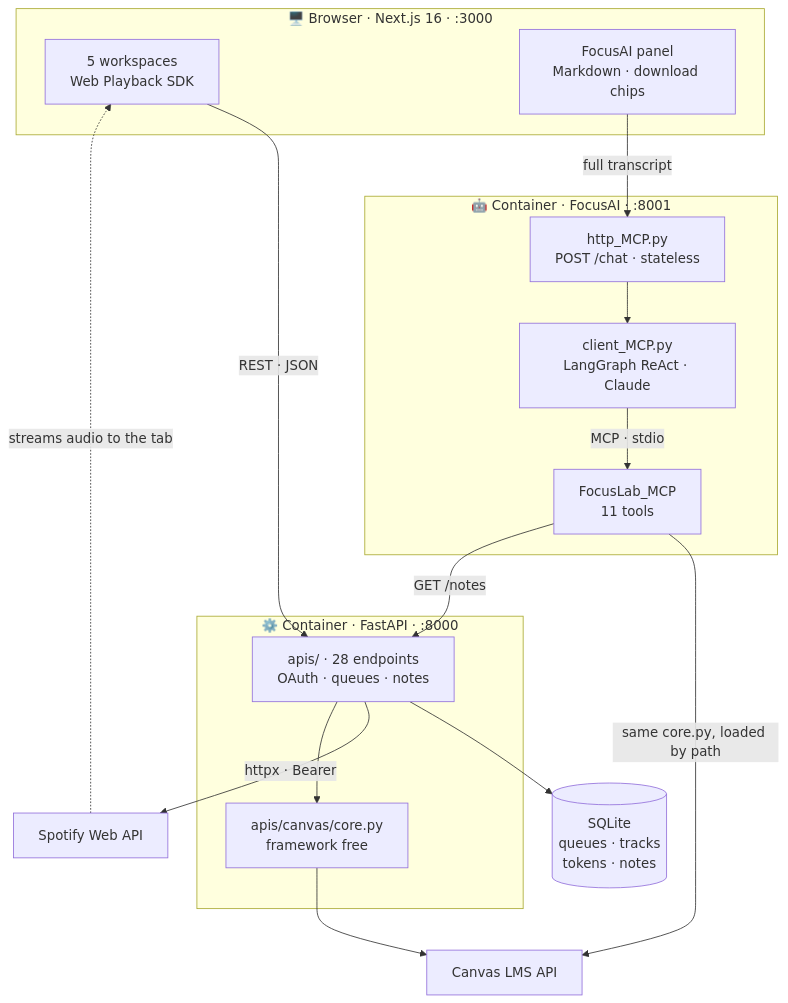
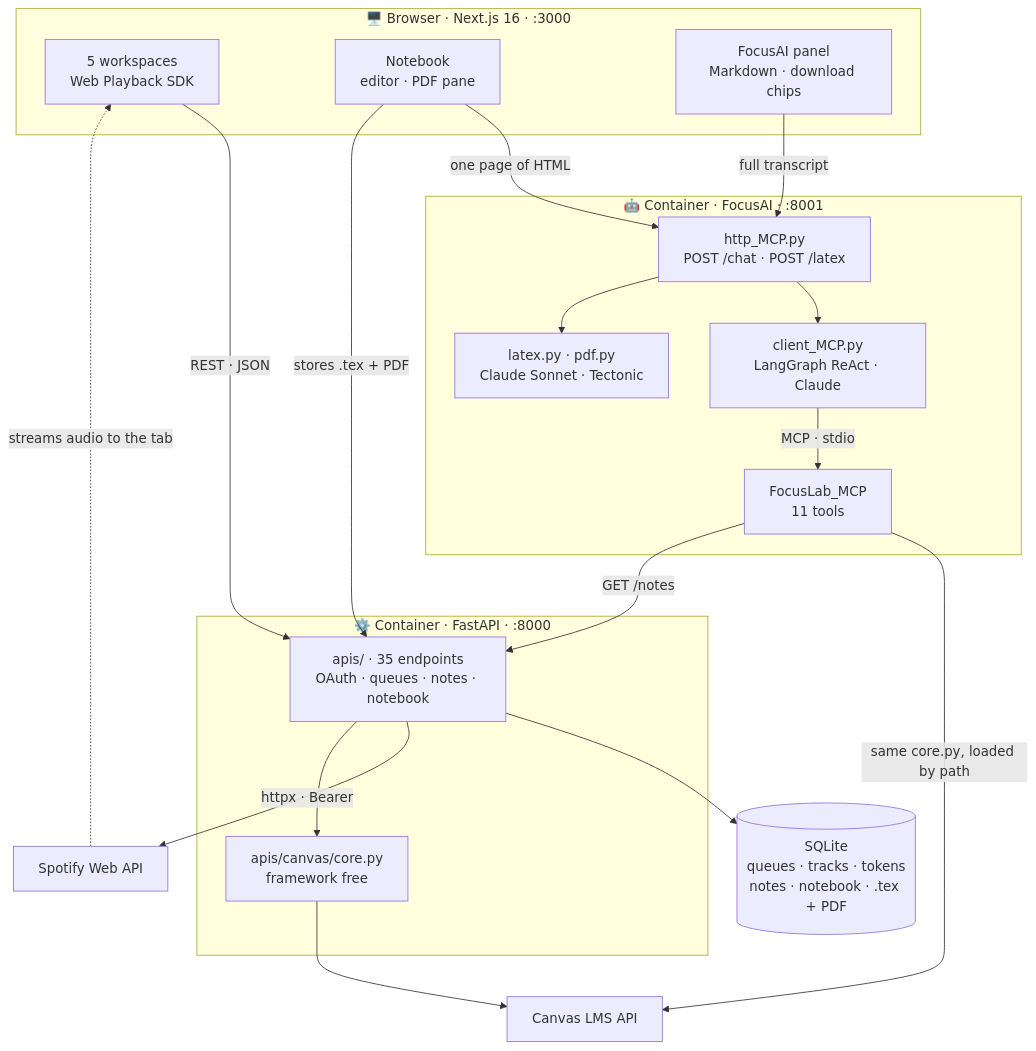
Before and after one commit to MatiasPF1/FocusLab: the diagram in README.md, drawn with Mermaid. The commit also changed other lines of this file and 23 other files, not shown here.

````diff
--- a/README.md
+++ b/README.md
@@ -44,37 +45,43 @@
 ```mermaid
 flowchart TD
     subgraph BROWSER ["🖥️ Browser · Next.js 16 · :3000"]
         UI["5 workspaces<br/>Web Playback SDK"]
+        NOTE["Notebook<br/>editor · PDF pane"]
         PANEL["FocusAI panel<br/>Markdown · download chips"]
     end
 
     subgraph API ["⚙️ Container · FastAPI · :8000"]
-        ROUTES["apis/ · 28 endpoints<br/>OAuth · queues · notes"]
+        ROUTES["apis/ · 35 endpoints<br/>OAuth · queues · notes · notebook"]
         CORE["apis/canvas/core.py<br/>framework free"]
     end
 
     subgraph AGENT ["🤖 Container · FocusAI · :8001"]
-        HTTP["http_MCP.py<br/>POST /chat · stateless"]
+        HTTP["http_MCP.py<br/>POST /chat · POST /latex"]
         LOOP["client_MCP.py<br/>LangGraph ReAct · Claude"]
         MCP["FocusLab_MCP<br/>11 tools"]
+        TEX["latex.py · pdf.py<br/>Claude Sonnet · Tectonic"]
     end
 
-    DB[("SQLite<br/>queues · tracks<br/>tokens · notes")]
+    DB[("SQLite<br/>queues · tracks · tokens<br/>notes · notebook · .tex + PDF")]
     SPOT["Spotify Web API"]
     CANVAS["Canvas LMS API"]
 
     UI -->|"REST · JSON"| ROUTES
     PANEL -->|"full transcript"| HTTP
+    NOTE -->|"one page of HTML"| HTTP
+    NOTE -->|"stores .tex + PDF"| ROUTES
+
     HTTP --> LOOP
+    HTTP --> TEX
     LOOP -->|"MCP · stdio"| MCP
 
     ROUTES --> DB
     ROUTES -->|"httpx · Bearer"| SPOT
     ROUTES --> CORE
     CORE --> CANVAS
 
     MCP -->|"same core.py, loaded by path"| CANVAS
     MCP -->|"GET /notes"| ROUTES
 
     SPOT -.->|"streams audio to the tab"| UI
 ```
````
